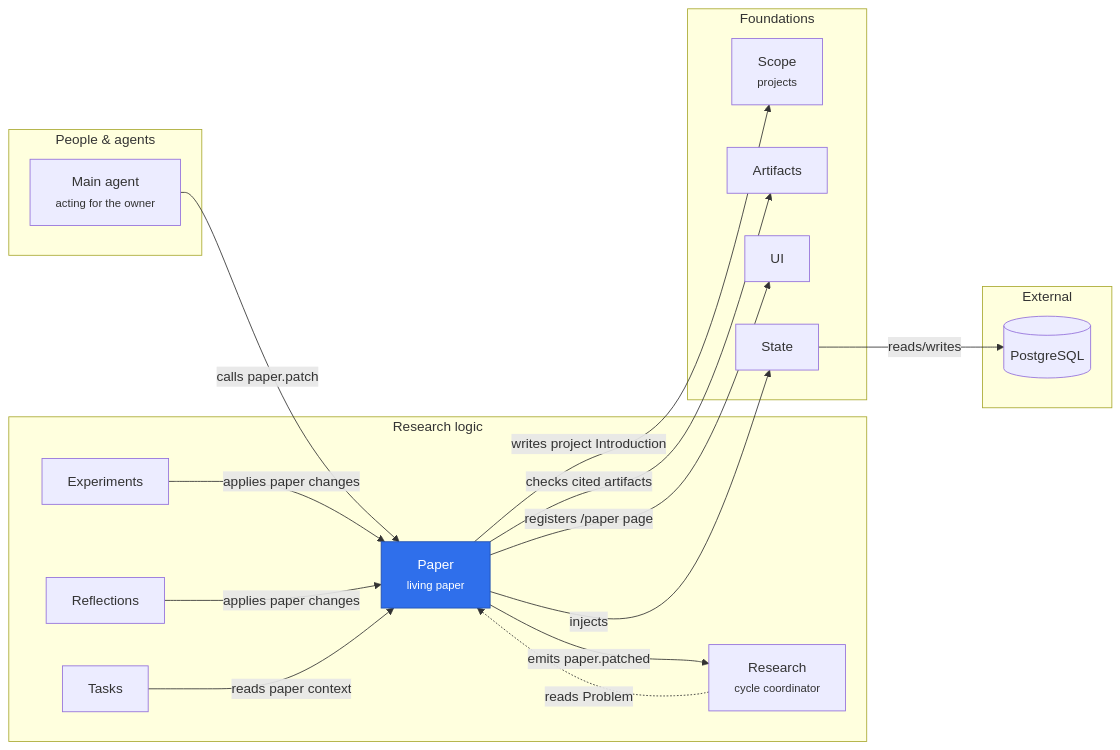
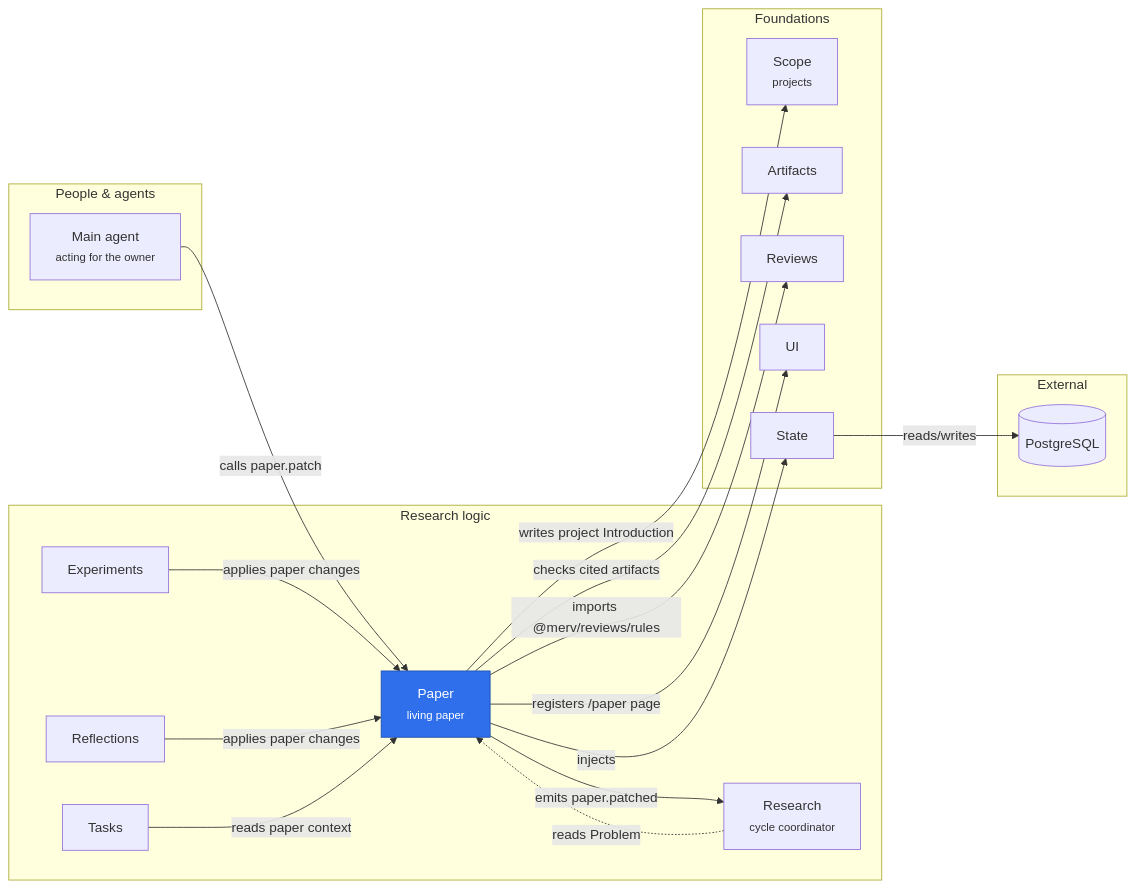
The diagram in merv-typescript/packages/paper/README.md (rapidreview-io/Merv), drawn with Mermaid before and after one commit. The commit also changed 2 other files, not shown here.

Commit message:
Draw the Experiments, Scope and UI edges of Reflections, Paper's Reviews rules and Sessions' UI adapter
Reflections' change specification imports @merv/experiments/rules, and it
injects Scope and registers its page with the UI. Paper imports
@merv/reviews/rules. Sessions' UI adapter injects the UI, which imports
@merv/sessions/rules for the platform phrase.

````diff
--- a/merv-typescript/packages/paper/README.md
+++ b/merv-typescript/packages/paper/README.md
@@ -7,35 +7,37 @@
 ```mermaid
 flowchart LR
   subgraph people["People & agents"]
     agent["Main agent<br/><small>acting for the owner</small>"]
   end
   subgraph logic["Research logic"]
     paper["Paper<br/><small>living paper</small>"]
     experiments["Experiments"]
     reflections["Reflections"]
     tasks["Tasks"]
     research["Research<br/><small>cycle coordinator</small>"]
   end
   subgraph foundations["Foundations"]
     scope["Scope<br/><small>projects</small>"]
     artifacts["Artifacts"]
+    reviews["Reviews"]
     ui["UI"]
     state["State"]
   end
   subgraph external["External"]
     postgres[("PostgreSQL")]
   end
   agent -- "calls paper.patch" --> paper
   experiments -- "applies paper changes" --> paper
   reflections -- "applies paper changes" --> paper
   tasks -- "reads paper context" --> paper
   research -. "reads Problem" .-> paper
   paper -- "emits paper.patched" --> research
   paper -- "writes project Introduction" --> scope
   paper -- "checks cited artifacts" --> artifacts
+  paper -- "imports @merv/reviews/rules" --> reviews
   paper -- "registers /paper page" --> ui
   paper -- "injects" --> state
   state -- "reads/writes" --> postgres
   class paper self
   classDef self fill:#2f6feb,color:#fff,stroke:#1f4fb0
 ```
````
